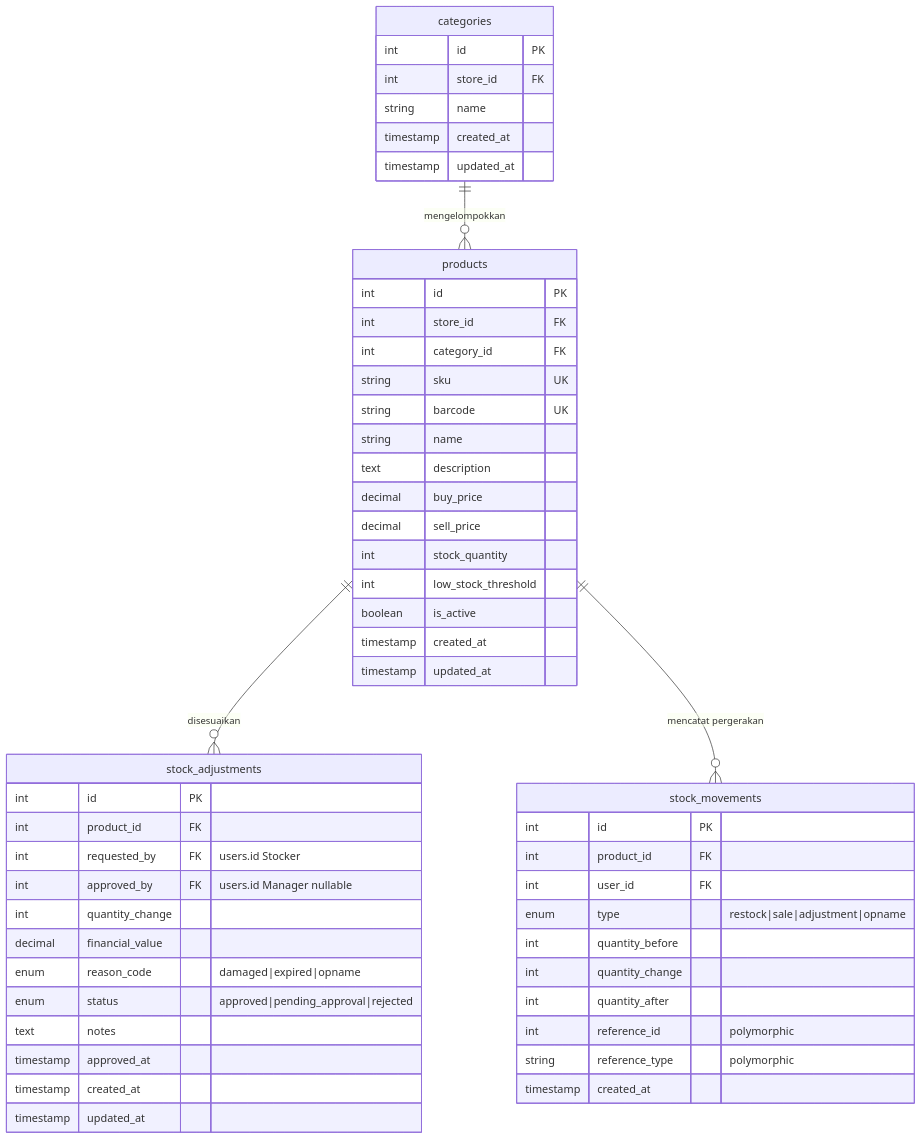
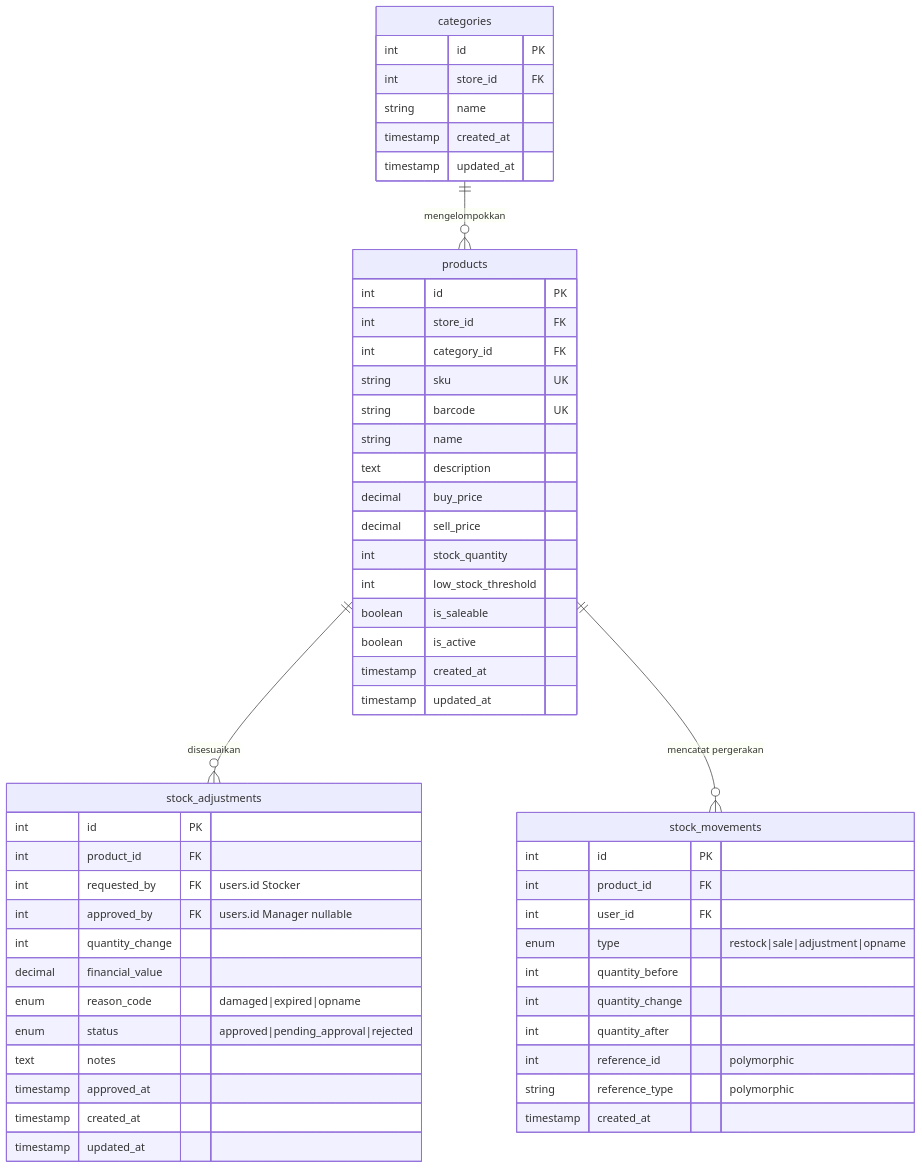
Before and after one commit to keyvano07/SISTEM-POINT-OF-SALE-KEPOS-: the second of 5 diagrams in 1. Desain Sistem (SAD) /ERD_POS.md, drawn with Mermaid. The commit also changed other lines of this file and 51 other files, not shown here.

````diff
--- a/1. Desain Sistem (SAD) /ERD_POS.md
+++ b/1. Desain Sistem (SAD) /ERD_POS.md
@@ -74,59 +74,60 @@
 ```mermaid
 erDiagram
     categories {
         int id PK
         int store_id FK
         string name
         timestamp created_at
         timestamp updated_at
     }
 
     products {
         int id PK
         int store_id FK
         int category_id FK
         string sku UK
         string barcode UK
         string name
         text description
         decimal buy_price
         decimal sell_price
         int stock_quantity
         int low_stock_threshold
+        boolean is_saleable
         boolean is_active
         timestamp created_at
         timestamp updated_at
     }
 
     stock_adjustments {
         int id PK
         int product_id FK
         int requested_by FK "users.id Stocker"
         int approved_by FK "users.id Manager nullable"
         int quantity_change
         decimal financial_value
         enum reason_code "damaged|expired|opname"
         enum status "approved|pending_approval|rejected"
         text notes
         timestamp approved_at
         timestamp created_at
         timestamp updated_at
     }
 
     stock_movements {
         int id PK
         int product_id FK
         int user_id FK
         enum type "restock|sale|adjustment|opname"
         int quantity_before
         int quantity_change
         int quantity_after
         int reference_id "polymorphic"
         string reference_type "polymorphic"
         timestamp created_at
     }
 
     categories ||--o{ products : "mengelompokkan"
     products ||--o{ stock_adjustments : "disesuaikan"
     products ||--o{ stock_movements : "mencatat pergerakan"
 ```
````
